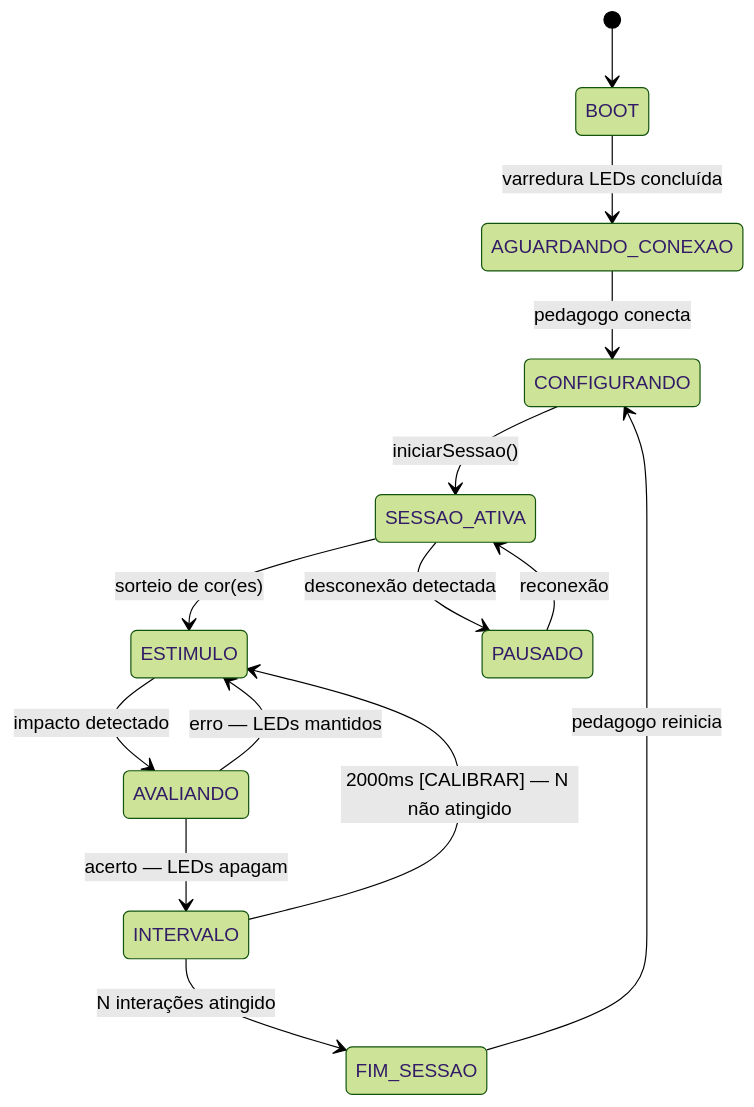
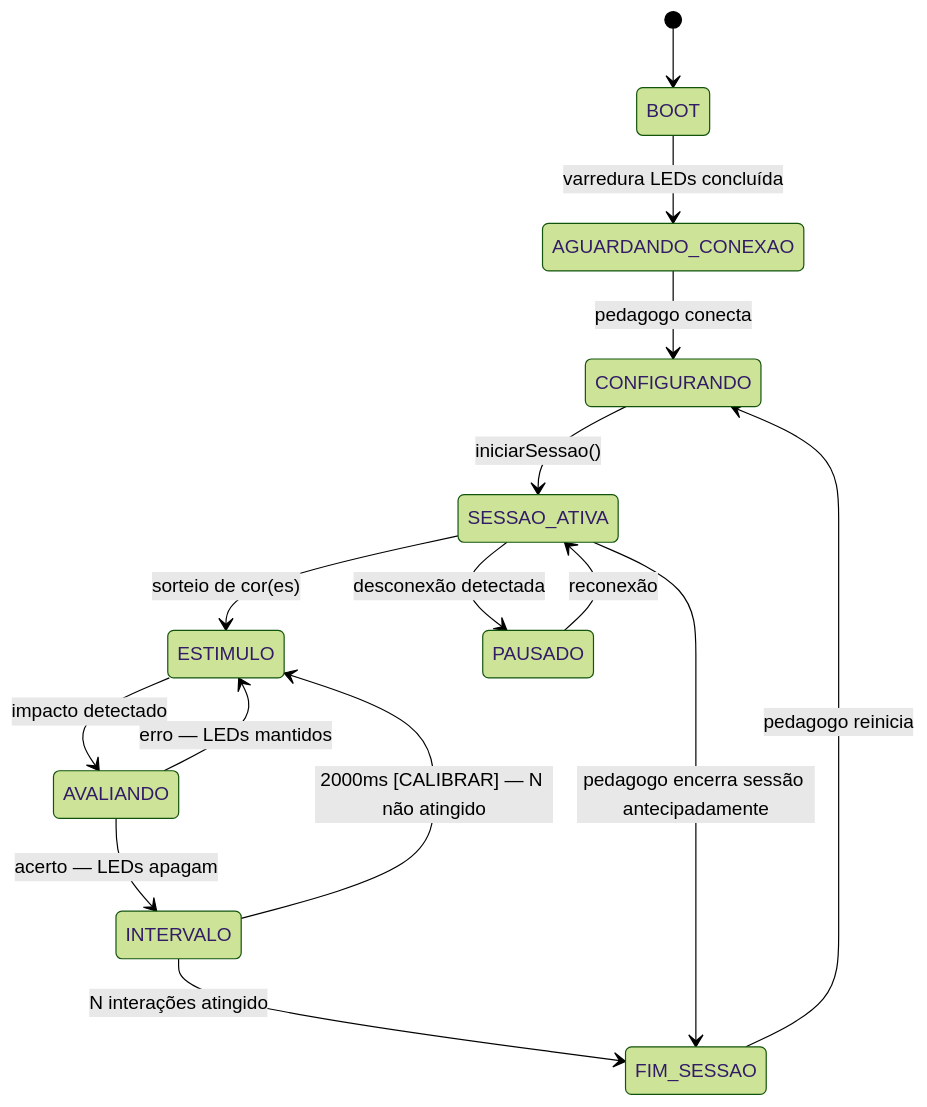
Before and after one commit to engsofjvolfe/42: the diagram in system/01_arquitetura.md, drawn with Mermaid (forest theme). The commit also changed other lines of this file and 1 other file, not shown here.

First line of the commit message:
docs(arquitetura): adiciona encerrarSessao e nova transicao de estado (M1)

````diff
--- a/system/01_arquitetura.md
+++ b/system/01_arquitetura.md
@@ -189,16 +190,17 @@
 ```mermaid
 stateDiagram-v2
     [*] --> BOOT
     BOOT --> AGUARDANDO_CONEXAO : varredura LEDs concluída
     AGUARDANDO_CONEXAO --> CONFIGURANDO : pedagogo conecta
     CONFIGURANDO --> SESSAO_ATIVA : iniciarSessao()
     SESSAO_ATIVA --> ESTIMULO : sorteio de cor(es)
     ESTIMULO --> AVALIANDO : impacto detectado
     AVALIANDO --> ESTIMULO : erro — LEDs mantidos
     AVALIANDO --> INTERVALO : acerto — LEDs apagam
     INTERVALO --> ESTIMULO : 2000ms [CALIBRAR] — N não atingido
     INTERVALO --> FIM_SESSAO : N interações atingido
+    SESSAO_ATIVA --> FIM_SESSAO : pedagogo encerra sessão antecipadamente
     FIM_SESSAO --> CONFIGURANDO : pedagogo reinicia
     SESSAO_ATIVA --> PAUSADO : desconexão detectada
     PAUSADO --> SESSAO_ATIVA : reconexão
 ```
````
